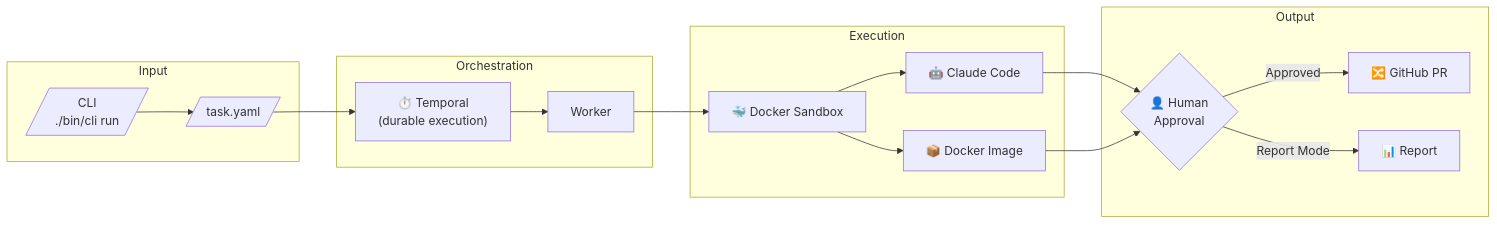
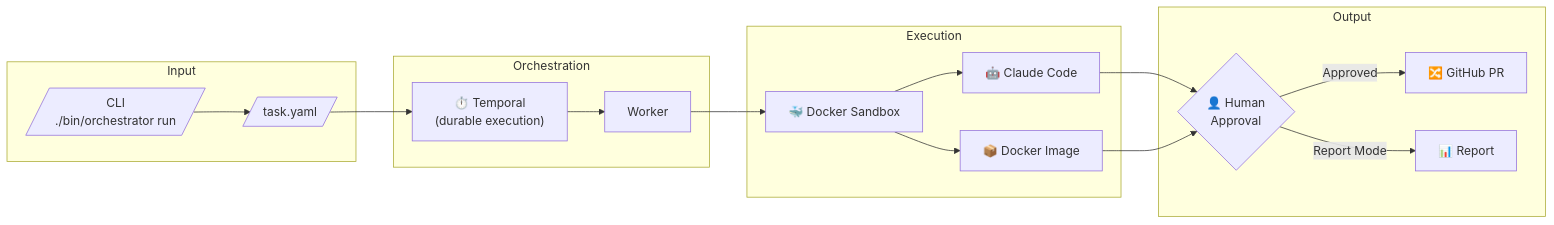
Before and after one commit to tinkerloft/fleetlift: the diagram in README.md, drawn with Mermaid. The commit also changed other lines of this file and 31 other files, not shown here.

````diff
--- a/README.md
+++ b/README.md
@@ -82,33 +81,33 @@
 ```mermaid
 flowchart LR
     subgraph Input
-        CLI[/"CLI\n./bin/cli run"/]
+        CLI[/"CLI\n./bin/orchestrator run"/]
         YAML[/"task.yaml"/]
     end
 
     subgraph Orchestration
         Temporal["⏱️ Temporal\n(durable execution)"]
         Worker["Worker"]
     end
 
     subgraph Execution
         Sandbox["🐳 Docker Sandbox"]
         Claude["🤖 Claude Code"]
         Docker["📦 Docker Image"]
     end
 
     subgraph Output
         Approval{"👤 Human\nApproval"}
         PR["🔀 GitHub PR"]
         Report["📊 Report"]
     end
 
     CLI --> YAML --> Temporal
     Temporal --> Worker --> Sandbox
     Sandbox --> Claude
     Sandbox --> Docker
     Claude --> Approval
     Docker --> Approval
     Approval -->|Approved| PR
     Approval -->|Report Mode| Report
 ```
````
